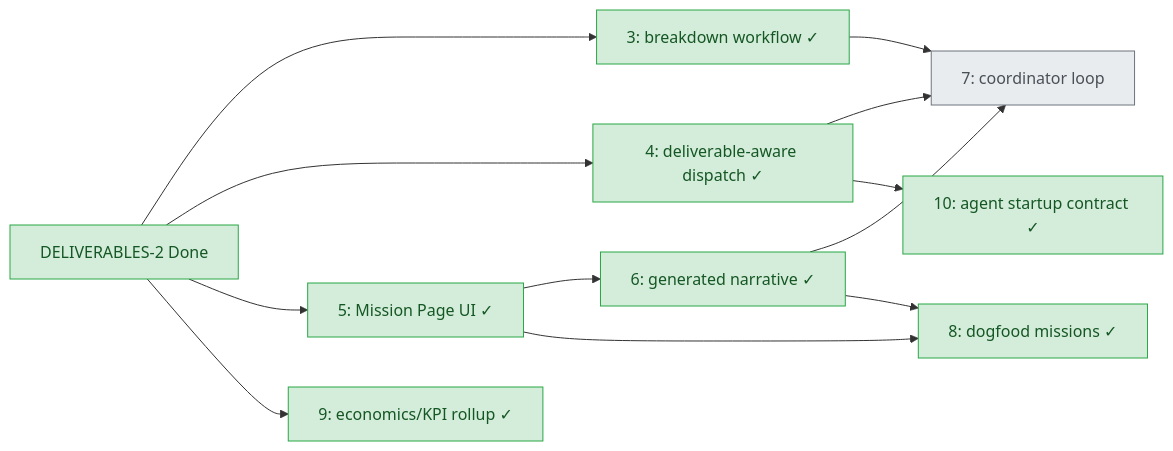
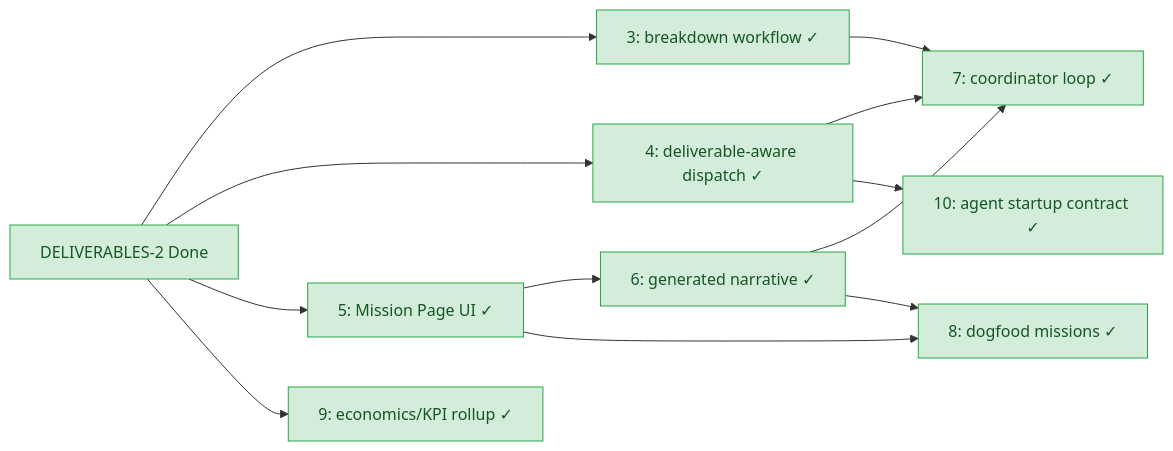
Before and after one commit to 6th-Element-Labs/projectplanner-ci: the diagram in docs/DELIVERABLES-MISSION-MODEL.md, drawn with Mermaid. The commit also changed other lines of this file and 8 other files, not shown here.

````diff
--- a/docs/DELIVERABLES-MISSION-MODEL.md
+++ b/docs/DELIVERABLES-MISSION-MODEL.md
@@ -215,21 +232,20 @@
 ```mermaid
 flowchart LR
   D2[DELIVERABLES-2 Done] --> D3[3: breakdown workflow ✓]
   D2 --> D4[4: deliverable-aware dispatch ✓]
   D2 --> D5[5: Mission Page UI ✓]
   D5 --> D6[6: generated narrative ✓]
-  D3 --> D7[7: coordinator loop]
+  D3 --> D7[7: coordinator loop ✓]
   D4 --> D7
   D6 --> D7
   D5 --> D8[8: dogfood missions ✓]
   D6 --> D8
   D2 --> D9[9: economics/KPI rollup ✓]
   D4 --> D10[10: agent startup contract ✓]
 
   classDef done fill:#d4edda,stroke:#28a745,color:#155724
   classDef review fill:#fff3cd,stroke:#ffc107,color:#856404
   classDef todo fill:#e9ecef,stroke:#6c757d,color:#495057
 
-  class D2,D3,D4,D5,D6,D8,D9,D10 done
-  class D7 todo
+  class D2,D3,D4,D5,D6,D7,D8,D9,D10 done
 ```
````
